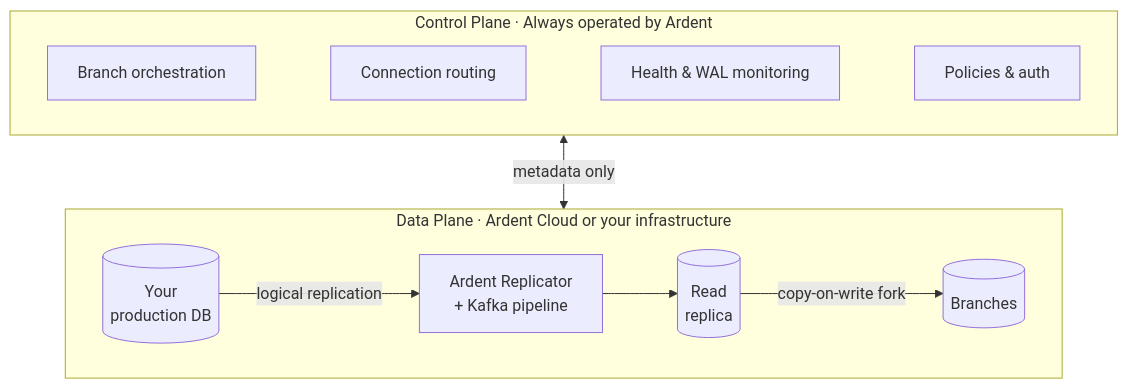
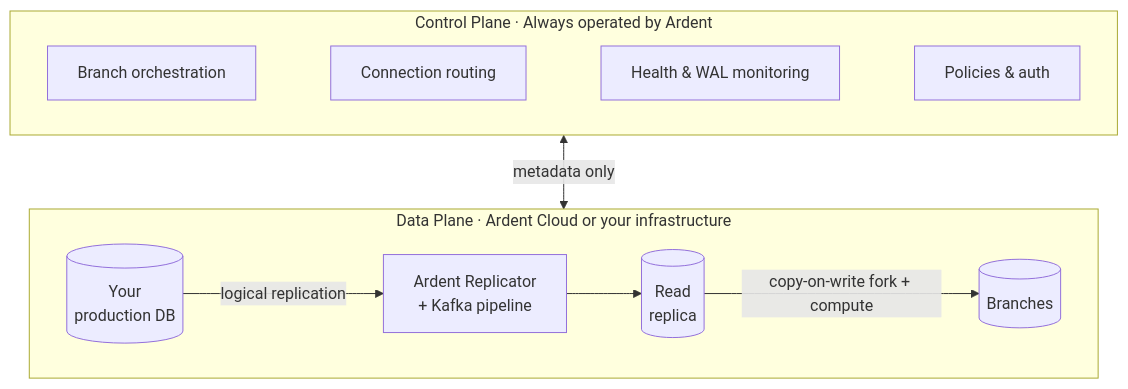
The diagram in architecture.mdx (ArdentAILabs/docs), drawn with Mermaid before and after one commit. The commit also changed other lines of this file, not shown here.

First line of the commit message:
docs(architecture): branches include auto-scaling compute, not only storage

````diff
--- a/architecture.mdx
+++ b/architecture.mdx
@@ -15,16 +15,16 @@
 ```mermaid
 flowchart TB
     subgraph CP["Control Plane · Always operated by Ardent"]
         direction LR
         ORCH["Branch orchestration"] ~~~ ROUTE["Connection routing"] ~~~ HEALTH["Health & WAL monitoring"] ~~~ POL["Policies & auth"]
     end
 
     subgraph DP["Data Plane · Ardent Cloud or your infrastructure"]
         direction LR
         PROD[("Your\nproduction DB")] -->|"logical replication"| AR["Ardent Replicator\n+ Kafka pipeline"]
         AR --> REP[("Read\nreplica")]
-        REP -->|"copy-on-write fork"| BR[("Branches")]
+        REP -->|"copy-on-write fork + compute"| BR[("Branches")]
     end
 
     CP <-->|"metadata only"| DP
 ```
````
